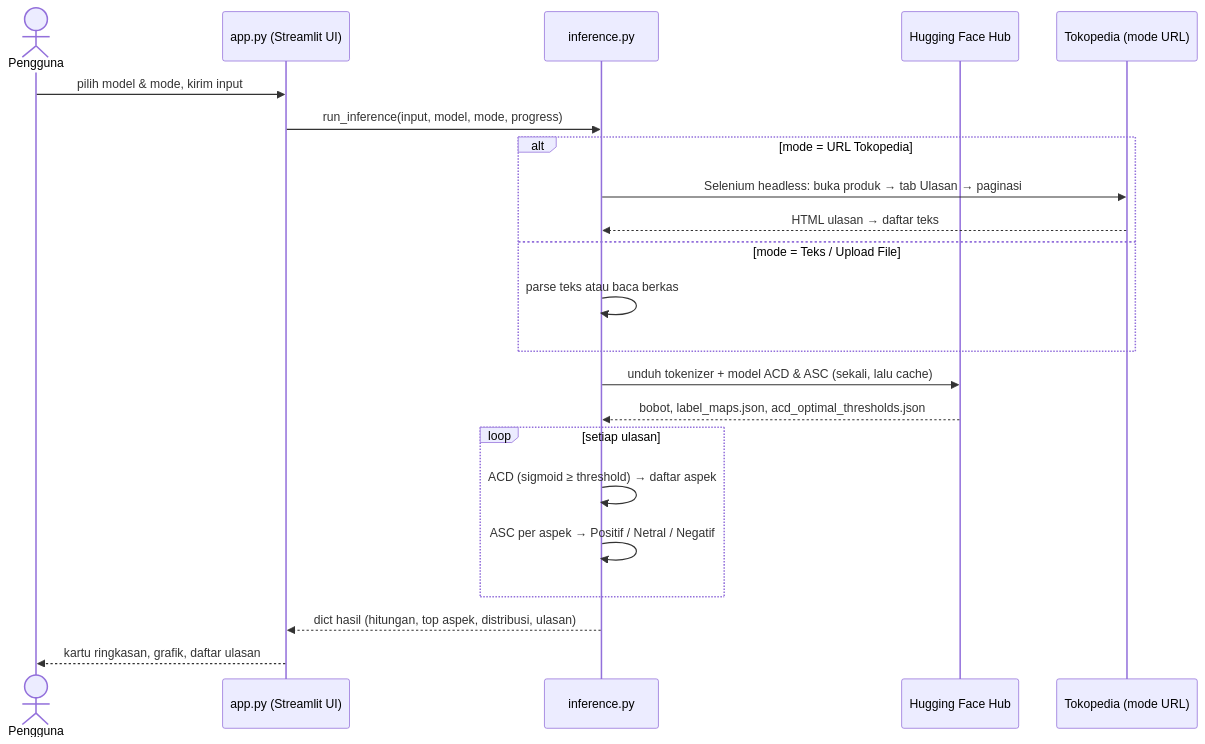
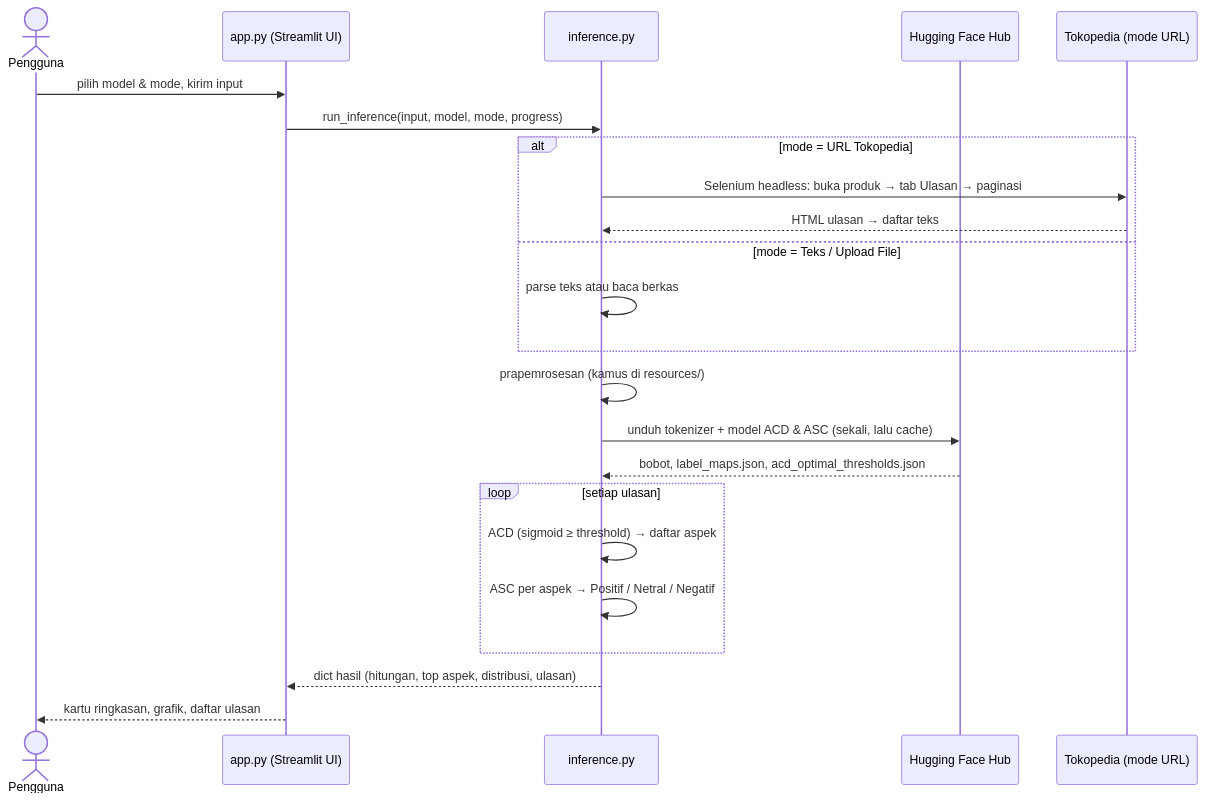
Before and after one commit to loudersyoakim/absa-streamlit-app: the second of 2 diagrams in README.md, drawn with Mermaid. The commit also changed other lines of this file, not shown here.

````diff
--- a/README.md
+++ b/README.md
@@ -89,25 +90,26 @@
 ```mermaid
 sequenceDiagram
     actor User as Pengguna
     participant UI as app.py (Streamlit UI)
     participant INF as inference.py
     participant HF as Hugging Face Hub
     participant TKP as Tokopedia (mode URL)
 
     User->>UI: pilih model & mode, kirim input
     UI->>INF: run_inference(input, model, mode, progress)
     alt mode = URL Tokopedia
         INF->>TKP: Selenium headless: buka produk → tab Ulasan → paginasi
         TKP-->>INF: HTML ulasan → daftar teks
     else mode = Teks / Upload File
         INF->>INF: parse teks atau baca berkas
     end
+    INF->>INF: prapemrosesan (kamus di resources/)
     INF->>HF: unduh tokenizer + model ACD & ASC (sekali, lalu cache)
     HF-->>INF: bobot, label_maps.json, acd_optimal_thresholds.json
     loop setiap ulasan
         INF->>INF: ACD (sigmoid ≥ threshold) → daftar aspek
         INF->>INF: ASC per aspek → Positif / Netral / Negatif
     end
     INF-->>UI: dict hasil (hitungan, top aspek, distribusi, ulasan)
     UI-->>User: kartu ringkasan, grafik, daftar ulasan
 ```
````
